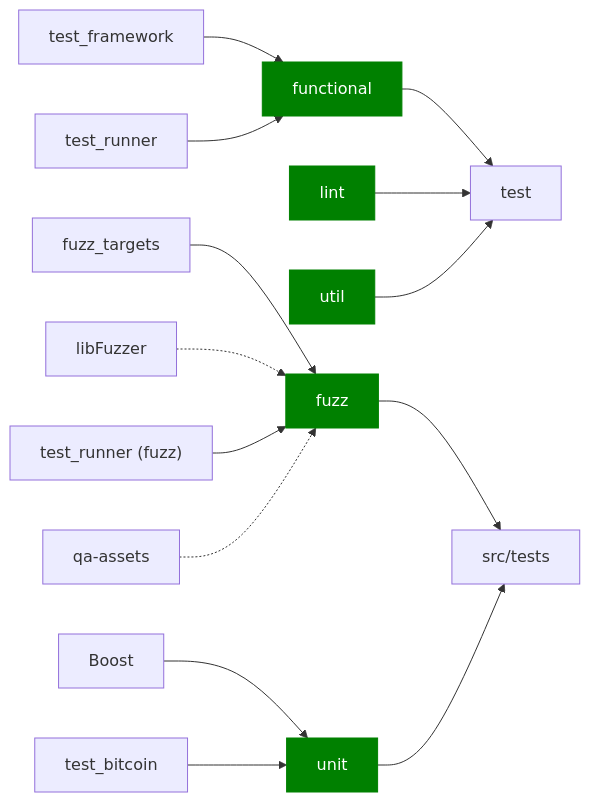
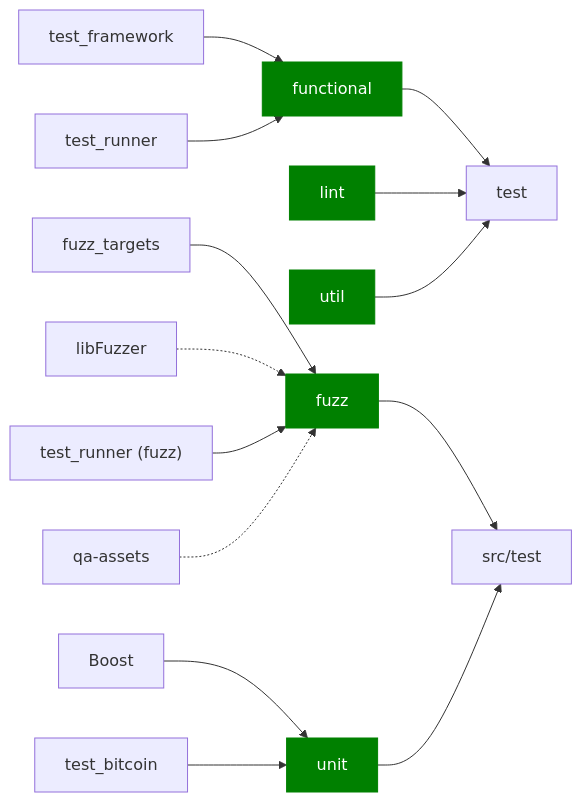
The fourth of 5 diagrams in 02_architecture.adoc (chaincodelabs/onboarding-to-bitcoin-core), drawn with Mermaid before and after one commit. The commit also changed other lines of this file and 1 other file, not shown here.

```diff
--- a/02_architecture.adoc
+++ b/02_architecture.adoc
@@ -221,23 +221,23 @@
 [mermaid, target=bitcoin-core-tests, format=svg]
 ....
 flowchart LR
     TR1[test_runner]
     functional --> test
     lint --> test
     util --> test
     test_framework --> functional
     TR1 --> functional
 
     TR2["test_runner (fuzz)"]
     fuzz_targets --> fuzz
-    fuzz --> src/tests
+    fuzz --> src/test
     libFuzzer -.-> fuzz
     TR2 --> fuzz
     qa-assets -.-> fuzz
-    unit --> src/tests
+    unit --> src/test
     Boost --> unit
     test_bitcoin --> unit
 
     classDef types fill:green,color:white,stroke:green;
     class functional,lint,util,fuzz,unit types
 ....
```
